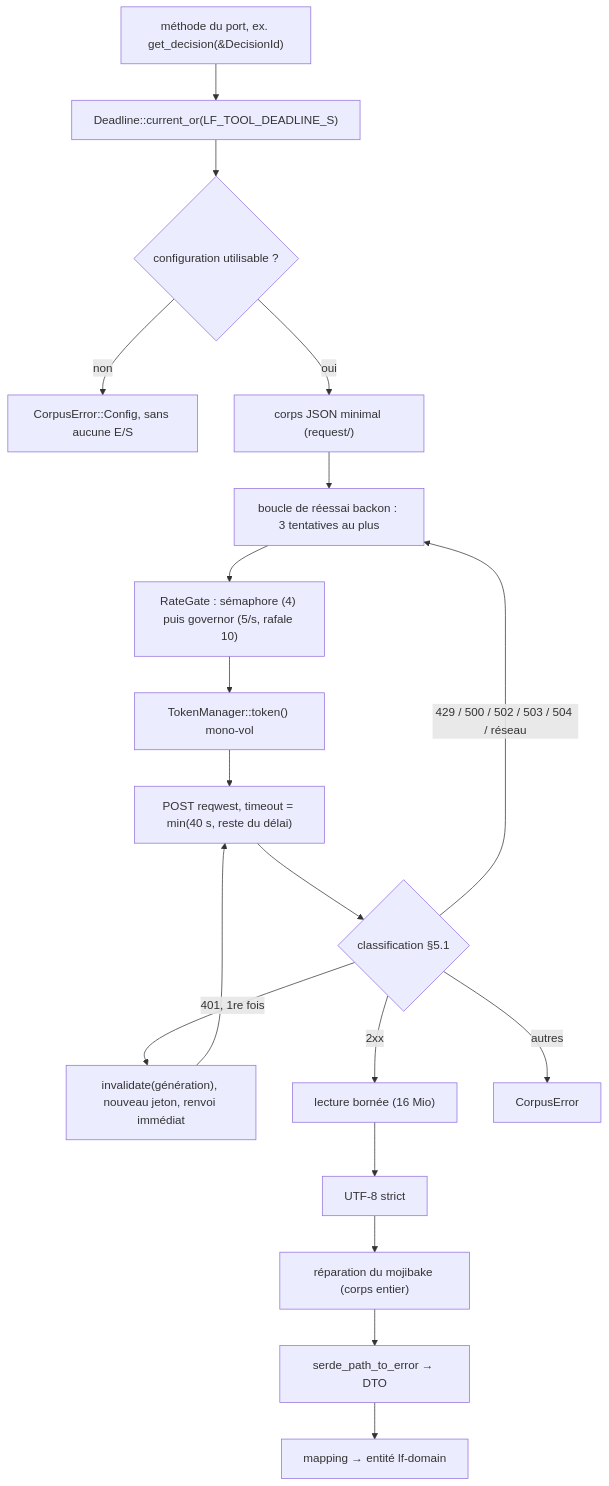
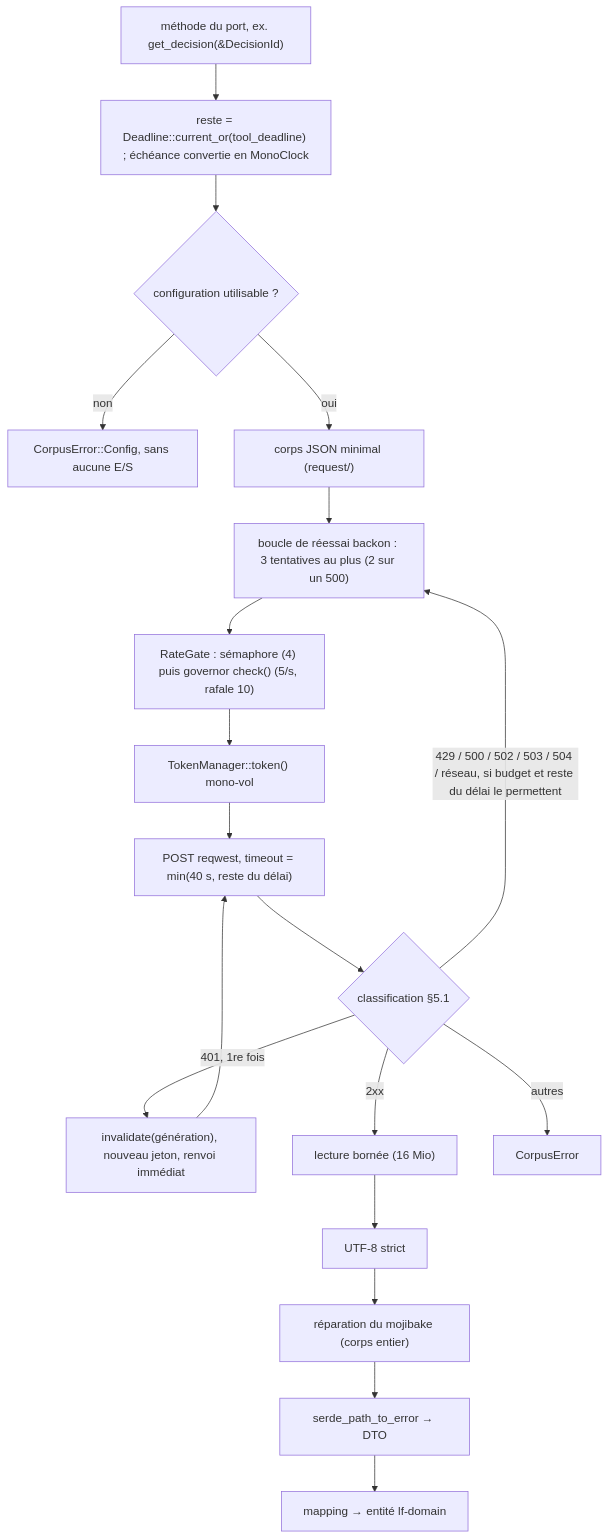
One commit to muchiny/mcp-legifrance changed the diagram in docs/plan/04-adapter-piste.md. Above: the diagram before and after it, drawn with Mermaid. The commit also changed other lines of this file and 29 other files, not shown here.

````diff
--- a/docs/plan/04-adapter-piste.md
+++ b/docs/plan/04-adapter-piste.md
@@ -149,19 +161,19 @@
 ```mermaid
 flowchart TD
-  P["méthode du port, ex. get_decision(&DecisionId)"] --> D["Deadline::current_or(LF_TOOL_DEADLINE_S)"]
+  P["méthode du port, ex. get_decision(&DecisionId)"] --> D["reste = Deadline::current_or(tool_deadline) ; échéance convertie en MonoClock"]
   D --> C{"configuration utilisable ?"}
   C -- non --> EC["CorpusError::Config, sans aucune E/S"]
   C -- oui --> B["corps JSON minimal (request/)"]
-  B --> L["boucle de réessai backon : 3 tentatives au plus"]
-  L --> G["RateGate : sémaphore (4) puis governor (5/s, rafale 10)"]
+  B --> L["boucle de réessai backon : 3 tentatives au plus (2 sur un 500)"]
+  L --> G["RateGate : sémaphore (4) puis governor check() (5/s, rafale 10)"]
   G --> T["TokenManager::token() mono-vol"]
   T --> H["POST reqwest, timeout = min(40 s, reste du délai)"]
   H --> K{"classification §5.1"}
   K -- "401, 1re fois" --> R["invalidate(génération), nouveau jeton, renvoi immédiat"]
   R --> H
-  K -- "429 / 500 / 502 / 503 / 504 / réseau" --> L
+  K -- "429 / 500 / 502 / 503 / 504 / réseau, si budget et reste du délai le permettent" --> L
   K -- "2xx" --> RB["lecture bornée (16 Mio)"]
   RB --> U["UTF-8 strict"] --> M["réparation du mojibake (corps entier)"]
   M --> SD["serde_path_to_error → DTO"] --> MP["mapping → entité lf-domain"]
   K -- "autres" --> E["CorpusError"]
 ```
````
